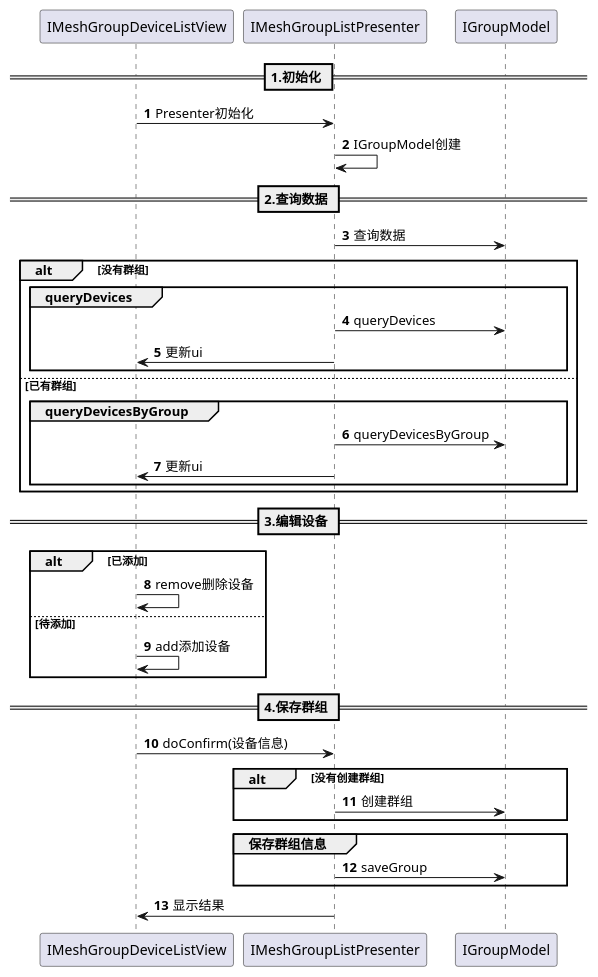
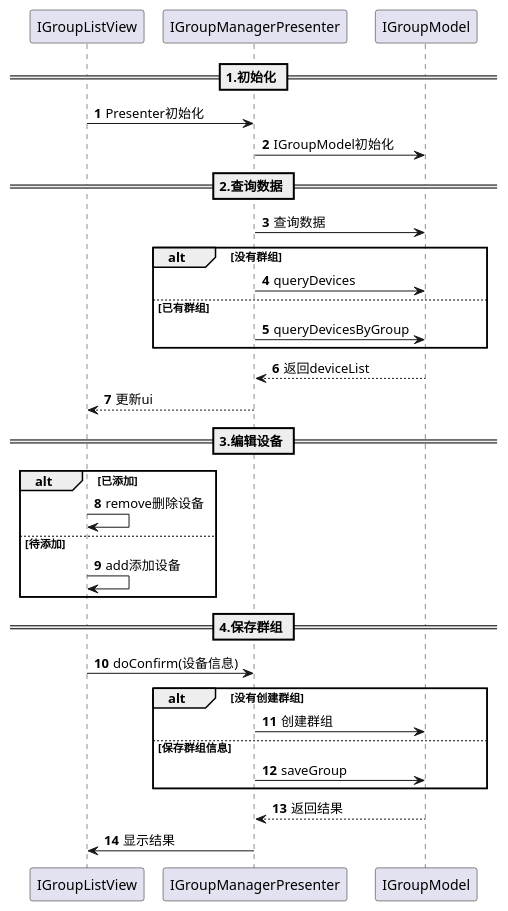
Before and after one commit to yufns/uml: the diagram in uml/tuya/professional/group/群组需求/group_unification.puml, drawn with PlantUML. The commit also changed 5 other files, not shown here.

```diff
--- a/uml/tuya/professional/group/群组需求/group_unification.puml
+++ b/uml/tuya/professional/group/群组需求/group_unification.puml
@@ -1,39 +1,32 @@
 @startuml
 'https://plantuml.com/class-diagram
 autonumber
 == 1.初始化 ==
-IMeshGroupDeviceListView -> IMeshGroupListPresenter : Presenter初始化
-IMeshGroupListPresenter -> IMeshGroupListPresenter : IGroupModel创建
+IGroupListView -> IGroupManagerPresenter : Presenter初始化
+IGroupManagerPresenter -> IGroupModel : IGroupModel初始化
 == 2.查询数据 ==
-IMeshGroupListPresenter -> IGroupModel : 查询数据
+IGroupManagerPresenter -> IGroupModel : 查询数据
 alt 没有群组
-    group queryDevices
-        IMeshGroupListPresenter -> IGroupModel : queryDevices
-        IMeshGroupListPresenter -> IMeshGroupDeviceListView: 更新ui
-    end
+    IGroupManagerPresenter -> IGroupModel : queryDevices
 else 已有群组
-    group queryDevicesByGroup
-        IMeshGroupListPresenter -> IGroupModel : queryDevicesByGroup
-        IMeshGroupListPresenter -> IMeshGroupDeviceListView: 更新ui
-    end
+    IGroupManagerPresenter -> IGroupModel : queryDevicesByGroup
 end
+IGroupManagerPresenter <-- IGroupModel : 返回deviceList
+IGroupListView <-- IGroupManagerPresenter: 更新ui
+
 == 3.编辑设备 ==
 alt 已添加
-IMeshGroupDeviceListView -> IMeshGroupDeviceListView : remove删除设备
-
+IGroupListView -> IGroupListView : remove删除设备
 else 待添加
-IMeshGroupDeviceListView -> IMeshGroupDeviceListView : add添加设备
+IGroupListView -> IGroupListView : add添加设备
 end
 == 4.保存群组 ==
-IMeshGroupDeviceListView -> IMeshGroupListPresenter : doConfirm(设备信息)
+IGroupListView -> IGroupManagerPresenter : doConfirm(设备信息)
 alt 没有创建群组
-    IMeshGroupListPresenter -> IGroupModel : 创建群组
+    IGroupManagerPresenter -> IGroupModel : 创建群组
+else 保存群组信息
+    IGroupManagerPresenter -> IGroupModel : saveGroup
 end
-
-group 保存群组信息
-    IMeshGroupListPresenter -> IGroupModel : saveGroup
-end
-
-IMeshGroupListPresenter -> IMeshGroupDeviceListView : 显示结果
-
+IGroupManagerPresenter <-- IGroupModel : 返回结果
+IGroupManagerPresenter -> IGroupListView : 显示结果
 @enduml
```
